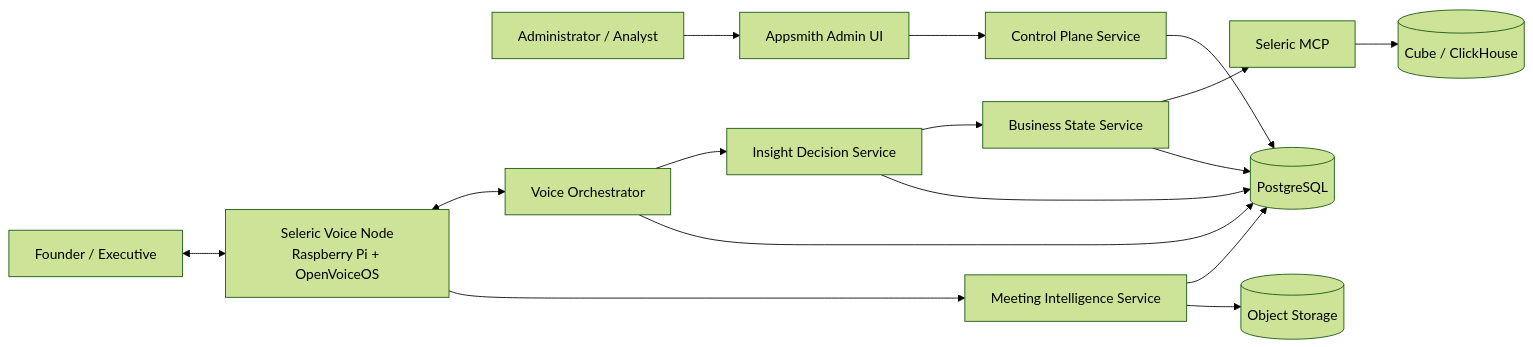
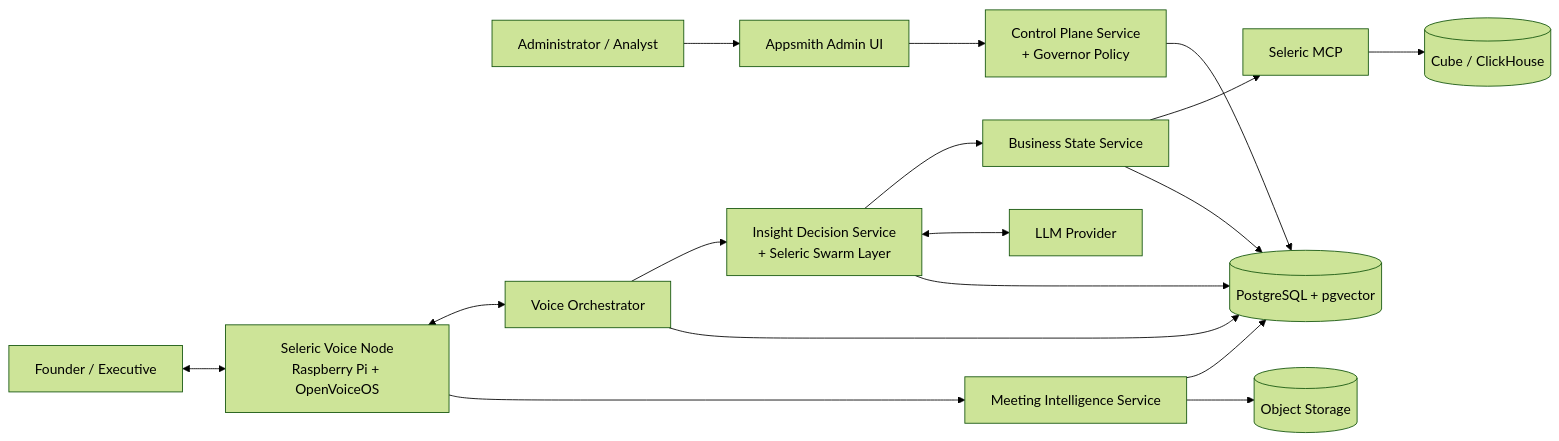
The diagram in diagrams/system_context.mmd (Tervigon-Collective/Seleric_Agent), drawn with Mermaid (forest theme) before and after one commit. The commit also changed 26 other files, not shown here.

```diff
--- a/diagrams/system_context.mmd
+++ b/diagrams/system_context.mmd
@@ -1,26 +1,28 @@
 flowchart LR
     Founder[Founder / Executive]
     Admin[Administrator / Analyst]
     Device[Seleric Voice Node\nRaspberry Pi + OpenVoiceOS]
     Voice[Voice Orchestrator]
     State[Business State Service]
-    Insight[Insight Decision Service]
+    Insight[Insight Decision Service\n+ Seleric Swarm Layer]
     Meeting[Meeting Intelligence Service]
-    Control[Control Plane Service]
+    Control[Control Plane Service\n+ Governor Policy]
     AdminUI[Appsmith Admin UI]
     MCP[Seleric MCP]
     Data[(Cube / ClickHouse)]
-    PG[(PostgreSQL)]
+    PG[(PostgreSQL + pgvector)]
     Obj[(Object Storage)]
+    LLM[LLM Provider]
 
     Founder <--> Device
     Admin --> AdminUI --> Control
     Device <--> Voice
     Device --> Meeting
     Voice --> Insight --> State --> MCP --> Data
+    Insight <--> LLM
     Meeting --> PG
     Meeting --> Obj
     Control --> PG
     State --> PG
     Insight --> PG
     Voice --> PG
```
